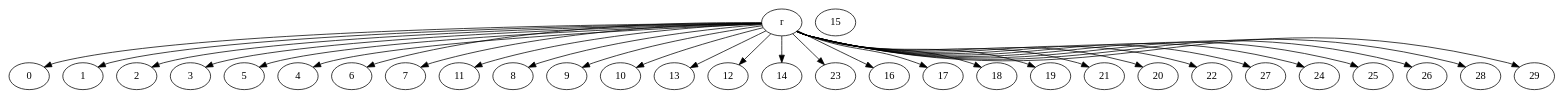
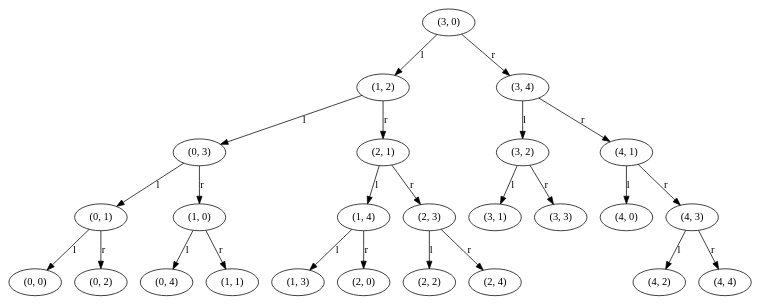
Before and after one commit to justin31121/avl-c: the diagram in graph.dot, drawn with Graphviz. The commit also changed 2 other files, not shown here.

```diff
--- a/graph.dot
+++ b/graph.dot
@@ -1,46 +1,39 @@
 digraph {
-	0B0
-	1B0 -> 0B0[label="l"];
-	1B0 -> 2B0[label="r"];
-	2B0
-	3B0 -> 1B0[label="l"];
-	3B0 -> 5B0[label="r"];
-	4B0
-	5B0 -> 4B0[label="l"];
-	5B0 -> 6B0[label="r"];
-	6B0
-	7B0 -> 3B0[label="l"];
-	7B0 -> 11B0[label="r"];
-	8B0
-	9B0 -> 8B0[label="l"];
-	9B0 -> 10B0[label="r"];
-	10B0
-	11B0 -> 9B0[label="l"];
-	11B0 -> 13B0[label="r"];
-	12B0
-	13B0 -> 12B0[label="l"];
-	13B0 -> 14B0[label="r"];
-	14B0
-	15B0 -> 7B0[label="l"];
-	15B0 -> 23B0[label="r"];
-	16B0
-	17B0 -> 16B0[label="l"];
-	17B0 -> 18B0[label="r"];
-	18B0
-	19B0 -> 17B0[label="l"];
-	19B0 -> 21B0[label="r"];
-	20B0
-	21B0 -> 20B0[label="l"];
-	21B0 -> 22B0[label="r"];
-	22B0
-	23B0 -> 19B0[label="l"];
-	23B0 -> 27B0[label="r"];
-	24B0
-	25B0 -> 24B0[label="l"];
-	25B0 -> 26B0[label="r"];
-	26B0
-	27B0 -> 25B0[label="l"];
-	27B0 -> 28B0[label="r"];
-	28B0 -> 29B0[label="r"];
-	29B0
+	"(0, 0)"
+	"(0, 1)" -> "(0, 0)"[label="l"];
+	"(0, 1)" -> "(0, 2)"[label="r"];
+	"(0, 2)"
+	"(0, 3)" -> "(0, 1)"[label="l"];
+	"(0, 3)" -> "(1, 0)"[label="r"];
+	"(0, 4)"
+	"(1, 0)" -> "(0, 4)"[label="l"];
+	"(1, 0)" -> "(1, 1)"[label="r"];
+	"(1, 1)"
+	"(1, 2)" -> "(0, 3)"[label="l"];
+	"(1, 2)" -> "(2, 1)"[label="r"];
+	"(1, 3)"
+	"(1, 4)" -> "(1, 3)"[label="l"];
+	"(1, 4)" -> "(2, 0)"[label="r"];
+	"(2, 0)"
+	"(2, 1)" -> "(1, 4)"[label="l"];
+	"(2, 1)" -> "(2, 3)"[label="r"];
+	"(2, 2)"
+	"(2, 3)" -> "(2, 2)"[label="l"];
+	"(2, 3)" -> "(2, 4)"[label="r"];
+	"(2, 4)"
+	"(3, 0)" -> "(1, 2)"[label="l"];
+	"(3, 0)" -> "(3, 4)"[label="r"];
+	"(3, 1)"
+	"(3, 2)" -> "(3, 1)"[label="l"];
+	"(3, 2)" -> "(3, 3)"[label="r"];
+	"(3, 3)"
+	"(3, 4)" -> "(3, 2)"[label="l"];
+	"(3, 4)" -> "(4, 1)"[label="r"];
+	"(4, 0)"
+	"(4, 1)" -> "(4, 0)"[label="l"];
+	"(4, 1)" -> "(4, 3)"[label="r"];
+	"(4, 2)"
+	"(4, 3)" -> "(4, 2)"[label="l"];
+	"(4, 3)" -> "(4, 4)"[label="r"];
+	"(4, 4)"
 }
```
